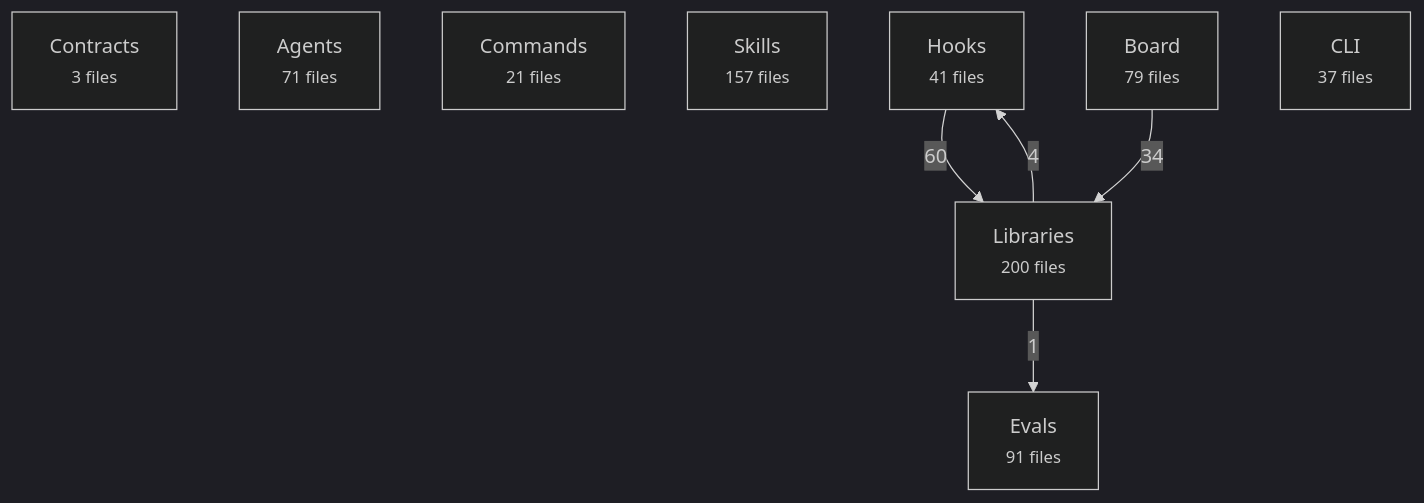
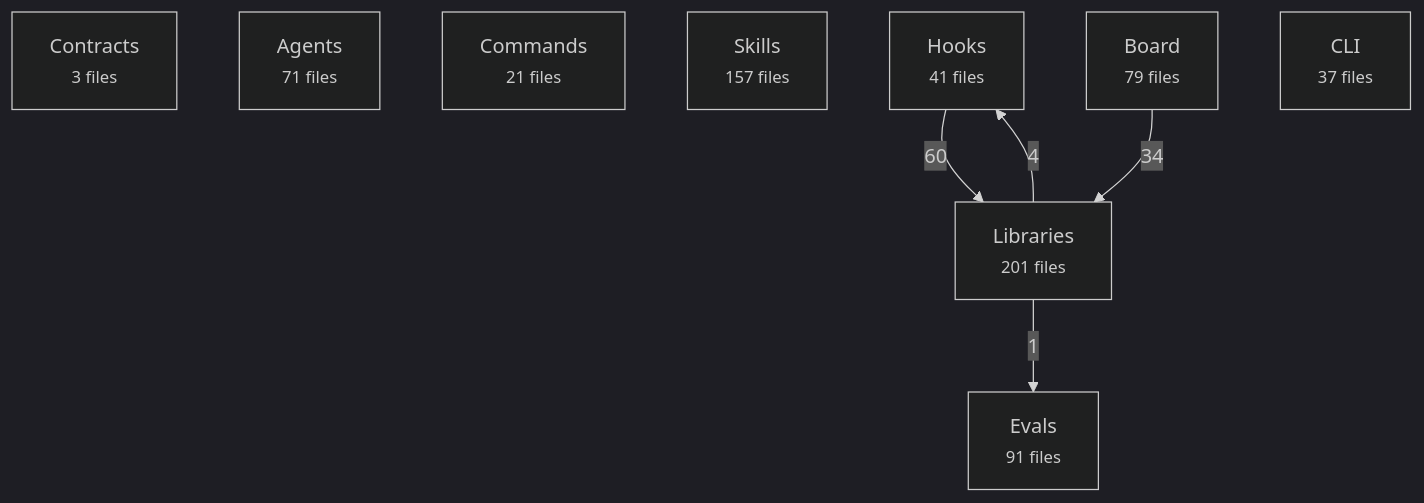
One commit to avelikiy/great_cto changed the first of 2 diagrams in docs/reference/architecture-map.md. Above: the diagram before and after it, drawn with Mermaid (dark theme). The commit also changed other lines of this file and 4 other files, not shown here.

````diff
--- a/docs/reference/architecture-map.md
+++ b/docs/reference/architecture-map.md
@@ -20,16 +20,16 @@
 ```mermaid
 flowchart TD
   contracts["Contracts<br/><small>3 files</small>"]
   agents["Agents<br/><small>71 files</small>"]
   commands["Commands<br/><small>21 files</small>"]
   skills["Skills<br/><small>157 files</small>"]
   hooks["Hooks<br/><small>41 files</small>"]
-  libs["Libraries<br/><small>200 files</small>"]
+  libs["Libraries<br/><small>201 files</small>"]
   board["Board<br/><small>79 files</small>"]
   cli["CLI<br/><small>37 files</small>"]
   evals["Evals<br/><small>91 files</small>"]
   hooks -->|60| libs
   board -->|34| libs
   libs -->|4| hooks
   libs -->|1| evals
 ```
````
